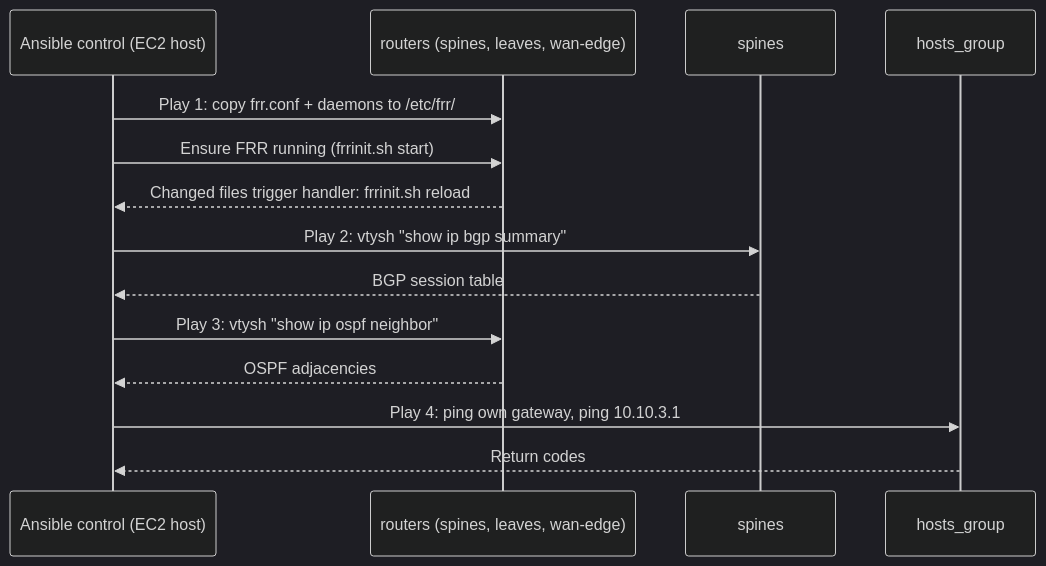
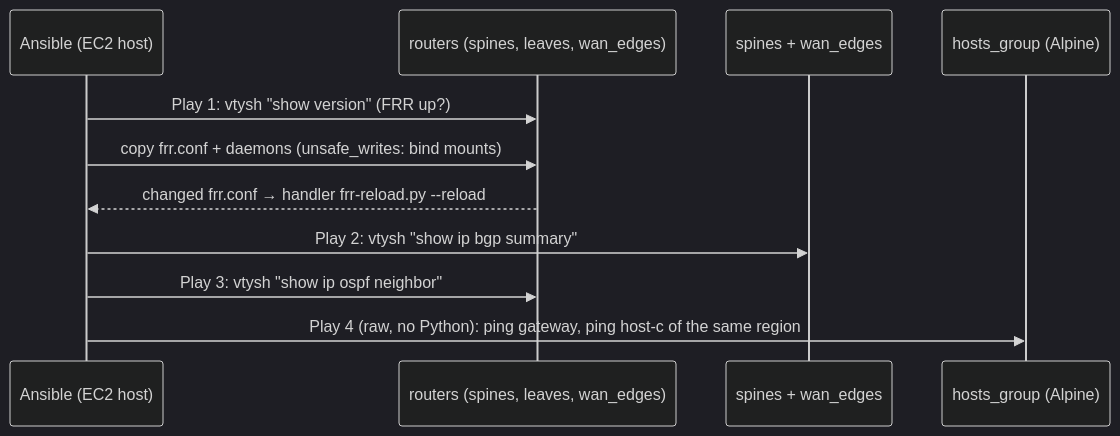
The third of 4 diagrams in docs/diagrams/automation-workflow.md (macrohard1970/ResilientCloud), drawn with Mermaid (dark theme) before and after one commit. The commit also changed other lines of this file and 12 other files, not shown here.

First line of the commit message:
docs: align all docs and diagrams with the fixed lab; add CHANGELOG

````diff
--- a/docs/diagrams/automation-workflow.md
+++ b/docs/diagrams/automation-workflow.md
@@ -70,17 +74,14 @@
 ```mermaid
 sequenceDiagram
-    participant A as Ansible control (EC2 host)
-    participant R as routers (spines, leaves, wan-edge)
-    participant S as spines
-    participant H as hosts_group
+    participant A as Ansible (EC2 host)
+    participant R as routers (spines, leaves, wan_edges)
+    participant S as spines + wan_edges
+    participant H as hosts_group (Alpine)
 
-    A->>R: Play 1: copy frr.conf + daemons to /etc/frr/
-    A->>R: Ensure FRR running (frrinit.sh start)
-    R-->>A: Changed files trigger handler: frrinit.sh reload
+    A->>R: Play 1: vtysh "show version" (FRR up?)
+    A->>R: copy frr.conf + daemons (unsafe_writes: bind mounts)
+    R-->>A: changed frr.conf → handler frr-reload.py --reload
     A->>S: Play 2: vtysh "show ip bgp summary"
-    S-->>A: BGP session table
     A->>R: Play 3: vtysh "show ip ospf neighbor"
-    R-->>A: OSPF adjacencies
-    A->>H: Play 4: ping own gateway, ping 10.10.3.1
-    H-->>A: Return codes
+    A->>H: Play 4 (raw, no Python): ping gateway, ping host-c of the same region
 ```
````
